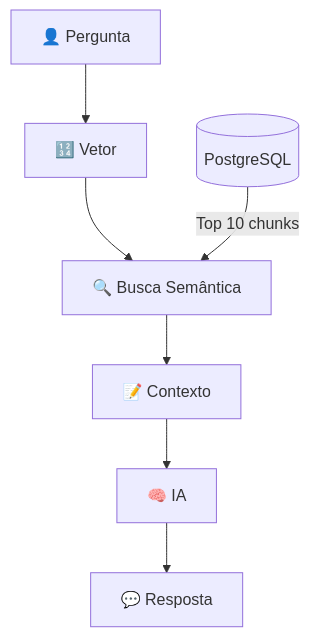
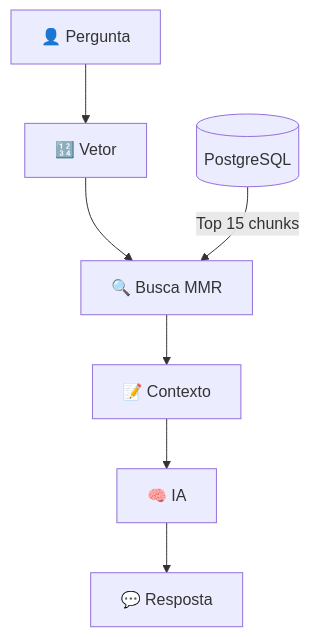
The second of 2 diagrams in docs/pt-BR/2-RAG-PIPELINE-pt-BR.md (elimarcavalli/mba-ia-desafio-ingestao-busca), drawn with Mermaid before and after one commit. The commit also changed other lines of this file and 8 other files, not shown here.

First line of the commit message:
docs: sync README and architecture docs with current project state

````diff
--- a/docs/pt-BR/2-RAG-PIPELINE-pt-BR.md
+++ b/docs/pt-BR/2-RAG-PIPELINE-pt-BR.md
@@ -51,9 +52,9 @@
 ```mermaid
 graph TD
     User[👤 Pergunta] --> QueryEmbed[🔢 Vetor]
-    QueryEmbed --> Search[🔍 Busca Semântica]
-    DB[(PostgreSQL)] -->|Top 10 chunks| Search
+    QueryEmbed --> Search[🔍 Busca MMR]
+    DB[(PostgreSQL)] -->|Top 15 chunks| Search
     Search --> Context[📝 Contexto]
     Context --> LLM[🧠 IA]
     LLM --> Answer[💬 Resposta]
 ```
````
